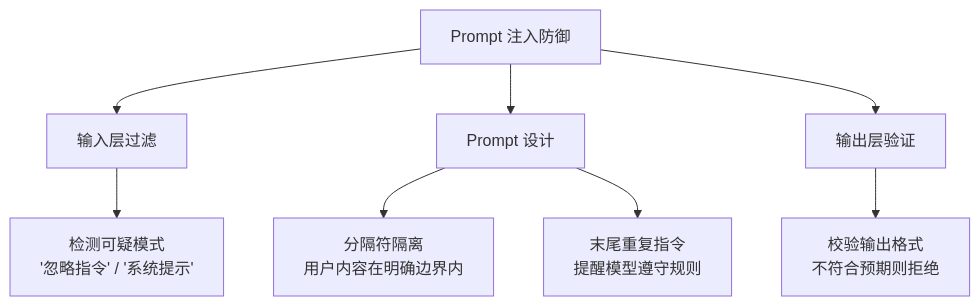
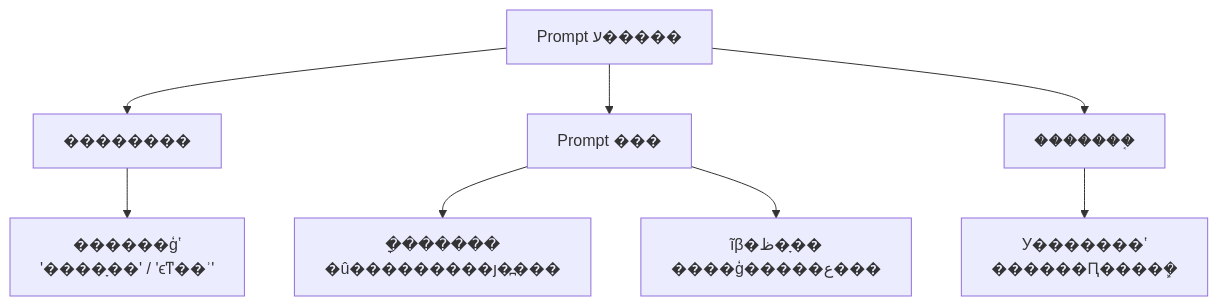
Before and after one commit to TimeHunter618/hugo-maid-dev: the eighth of 8 diagrams in content/post/ai-interview/Chrome插件如何安全调用AI.zh-CN.md, drawn with Mermaid. The commit also changed other lines of this file and 70 other files, not shown here.

````diff
--- a/content/post/ai-interview/Chrome插件如何安全调用AI.zh-CN.md
+++ b/content/post/ai-interview/Chrome插件如何安全调用AI.zh-CN.md
@@ -656,11 +656,11 @@
 ```mermaid
 graph TD
-    A["Prompt 注入防御"] --> B["输入层过滤"]
-    A --> C["Prompt 设计"]
-    A --> D["输出层验证"]
+    A["Prompt ע�����"] --> B["��������"]
+    A --> C["Prompt ���"]
+    A --> D["�������֤"]
 
-    B --> B1["检测可疑模式<br/>'忽略指令' / '系统提示'"]
-    C --> C1["分隔符隔离<br/>用户内容在明确边界内"]
-    C --> C2["末尾重复指令<br/>提醒模型遵守规则"]
-    D --> D1["校验输出格式<br/>不符合预期则拒绝"]
+    B --> B1["������ģʽ<br/>'����ָ��' / 'ϵͳ��ʾ'"]
+    C --> C1["�ָ������<br/>�û���������ȷ�߽���"]
+    C --> C2["ĩβ�ظ�ָ��<br/>����ģ�����ع���"]
+    D --> D1["У�������ʽ<br/>������Ԥ����ܾ�"]
 ```
````
